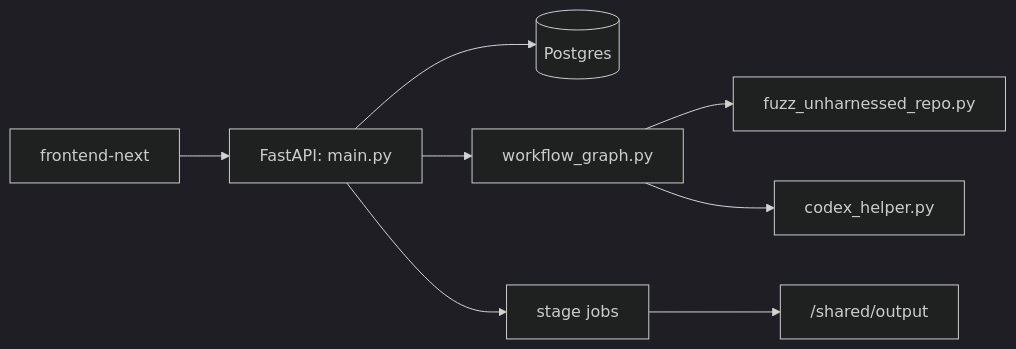
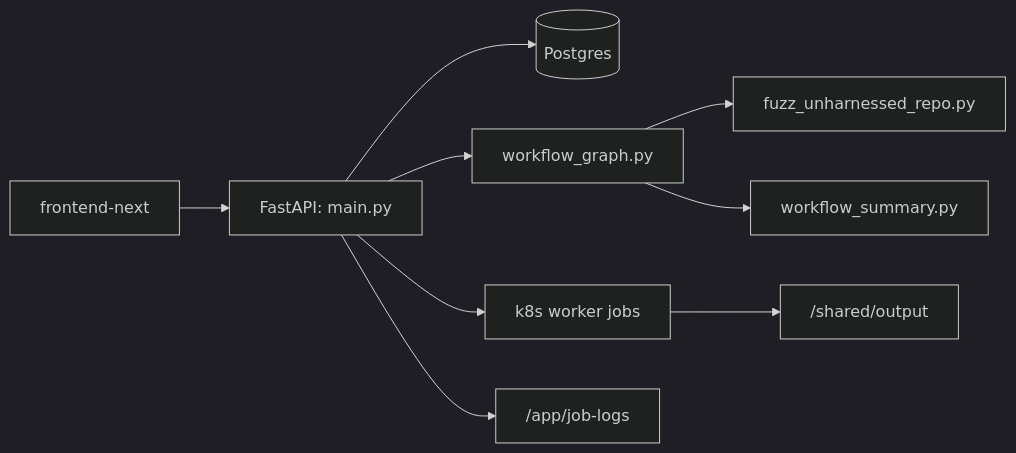
One commit to ZUENS2020/Sherpa changed the first of 2 diagrams in docs/CODEBASE_TECHNICAL_ANALYSIS.md. Above: the diagram before and after it, drawn with Mermaid (dark theme). The commit also changed other lines of this file and 6 other files, not shown here.

````diff
--- a/docs/CODEBASE_TECHNICAL_ANALYSIS.md
+++ b/docs/CODEBASE_TECHNICAL_ANALYSIS.md
@@ -19,10 +19,11 @@
 ```mermaid
 flowchart LR
   FE["frontend-next"] --> API["FastAPI: main.py"]
   API --> DB[("Postgres")]
   API --> WF["workflow_graph.py"]
   WF --> GEN["fuzz_unharnessed_repo.py"]
-  WF --> OC["codex_helper.py"]
-  API --> K8S["stage jobs"]
-  K8S --> OUT["/shared/output"]
+  WF --> SUM["workflow_summary.py"]
+  API --> KJ["k8s worker jobs"]
+  KJ --> OUT["/shared/output"]
+  API --> LOGS["/app/job-logs"]
 ```
````
